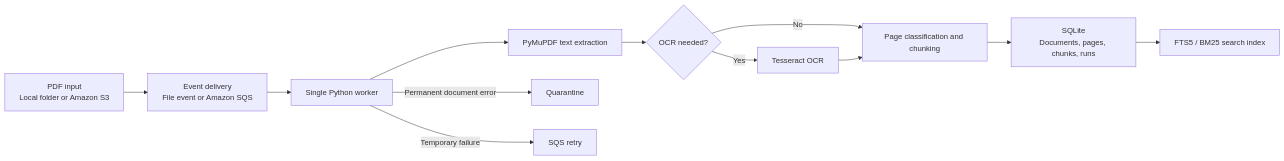
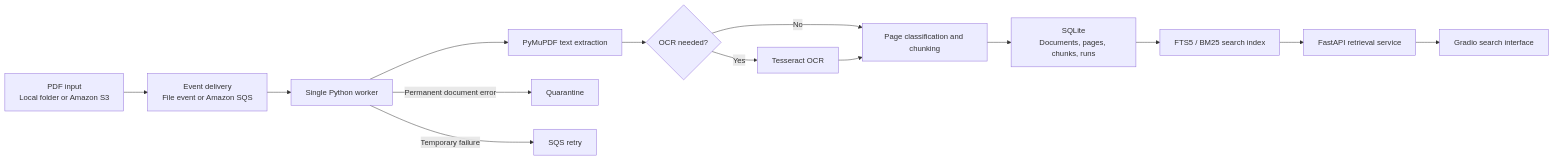
The diagram in README.md (KevDev7/pharma-document-ingestion-pipeline), drawn with Mermaid before and after one commit. The commit also changed other lines of this file and 11 other files, not shown here.

Commit message:
Add retrieval API and Gradio client

````diff
--- a/README.md
+++ b/README.md
@@ -9,14 +9,16 @@
 ```mermaid
 flowchart LR
     A["PDF input<br/>Local folder or Amazon S3"] --> B["Event delivery<br/>File event or Amazon SQS"]
     B --> C["Single Python worker"]
     C --> D["PyMuPDF text extraction"]
     D --> E{"OCR needed?"}
     E -->|Yes| F["Tesseract OCR"]
     E -->|No| G["Page classification and chunking"]
     F --> G
     G --> H["SQLite<br/>Documents, pages, chunks, runs"]
     H --> I["FTS5 / BM25 search index"]
+    I --> L["FastAPI retrieval service"]
+    L --> M["Gradio search interface"]
     C -->|Permanent document error| J["Quarantine"]
     C -->|Temporary failure| K["SQS retry"]
 ```
````
